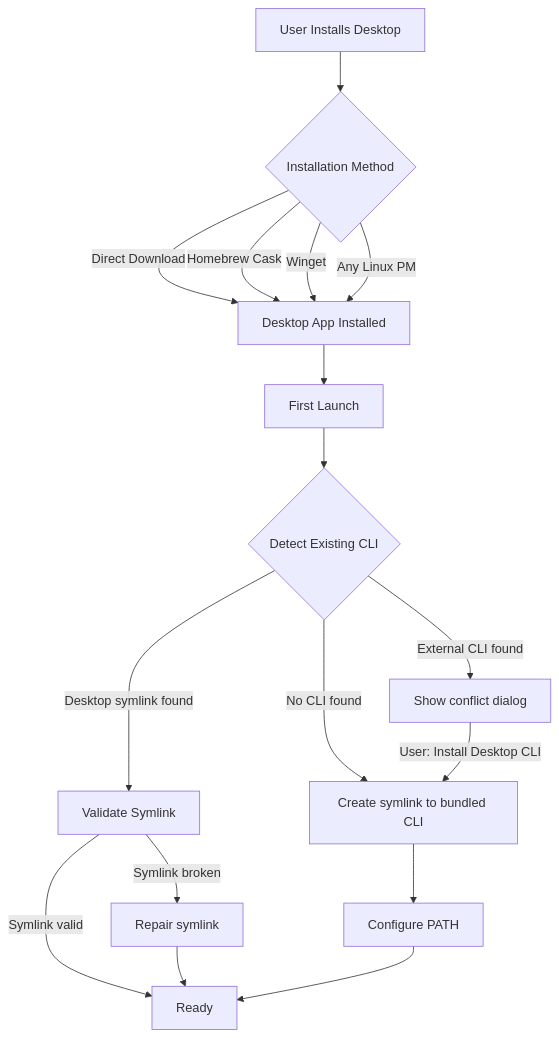
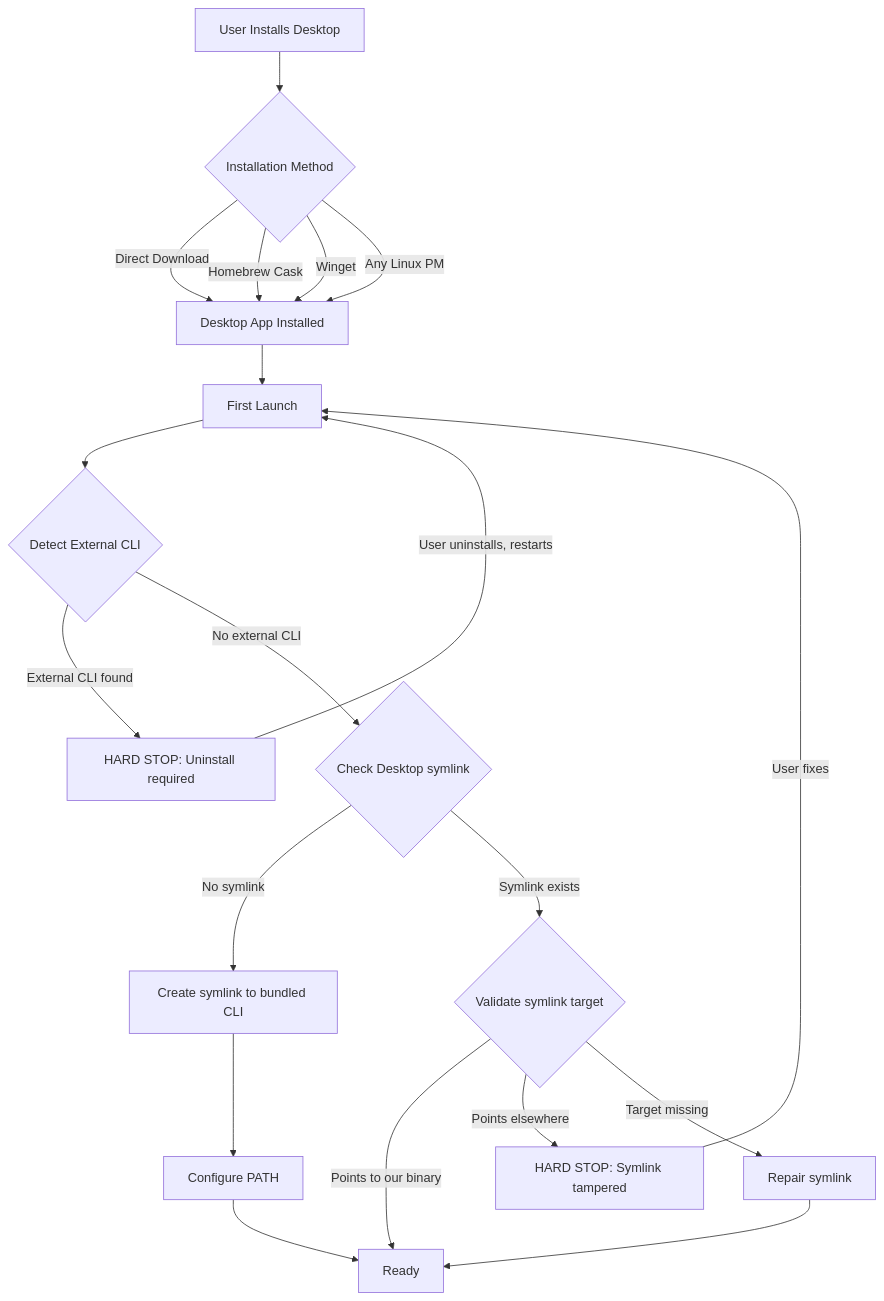
One commit to stacklok/toolhive-rfcs changed the first of 2 diagrams in rfcs/THV-0020-desktop-cli-version-alignment.md. Above: the diagram before and after it, drawn with Mermaid. The commit also changed other lines of this file, not shown here.

Commit message:
defined hard stop and remove comparison with docker

````diff
--- a/rfcs/THV-0020-desktop-cli-version-alignment.md
+++ b/rfcs/THV-0020-desktop-cli-version-alignment.md
@@ -141,26 +92,31 @@
 ```mermaid
 flowchart TD
     A[User Installs Desktop] --> B{Installation Method}
     
     B -->|Direct Download| C[Desktop App Installed]
     B -->|Homebrew Cask| C
     B -->|Winget| C
     B -->|Any Linux PM| C
     
     C --> D[First Launch]
-    D --> E{Detect Existing CLI}
+    D --> E{Detect External CLI}
     
-    E -->|No CLI found| F[Create symlink to bundled CLI]
-    E -->|External CLI found| H[Show conflict dialog]
-    E -->|Desktop symlink found| G[Validate Symlink]
+    E -->|External CLI found| H[HARD STOP: Uninstall required]
+    E -->|No external CLI| F{Check Desktop symlink}
     
-    H -->|User: Install Desktop CLI| F
+    H -->|User uninstalls, restarts| D
     
-    G -->|Symlink valid| I[Ready]
-    G -->|Symlink broken| J[Repair symlink]
+    F -->|No symlink| G[Create symlink to bundled CLI]
+    F -->|Symlink exists| K{Validate symlink target}
     
-    F --> L[Configure PATH]
+    K -->|Points to our binary| I[Ready]
+    K -->|Points elsewhere| M[HARD STOP: Symlink tampered]
+    K -->|Target missing| J[Repair symlink]
+    
+    M -->|User fixes| D
+    
+    G --> L[Configure PATH]
     J --> I
     L --> I
 
 ```
````
